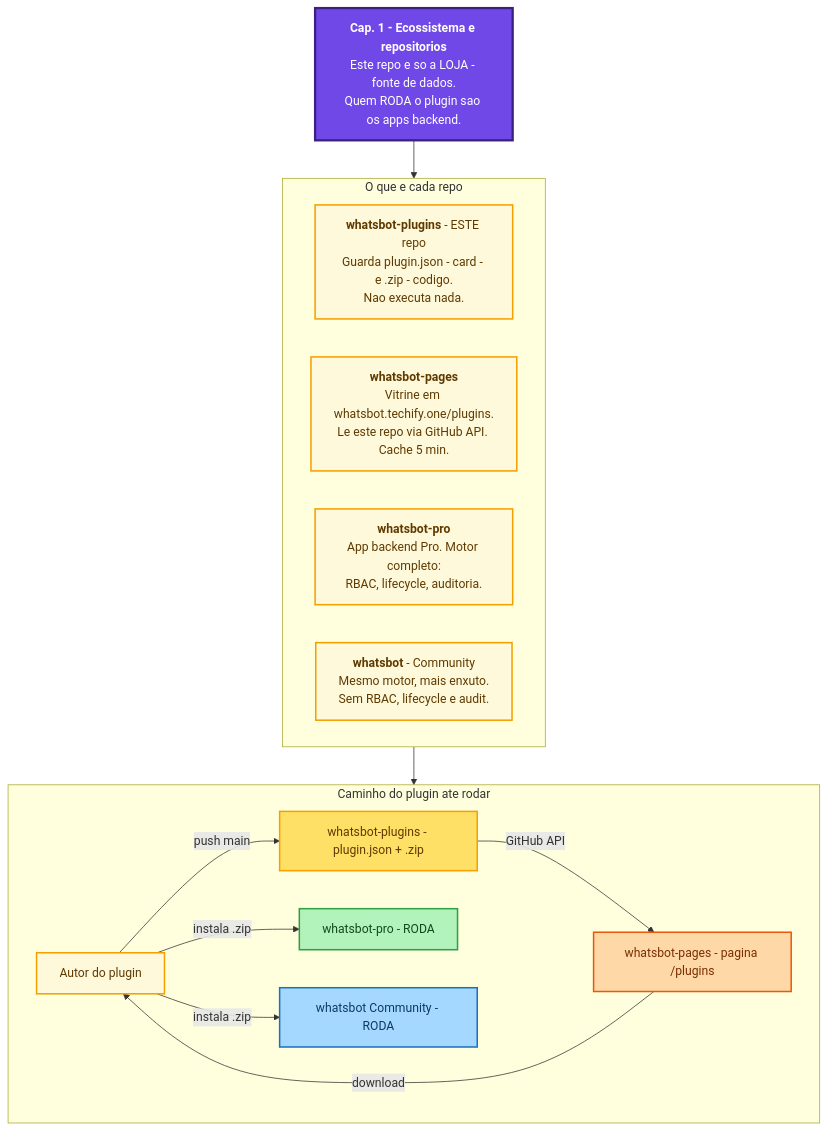
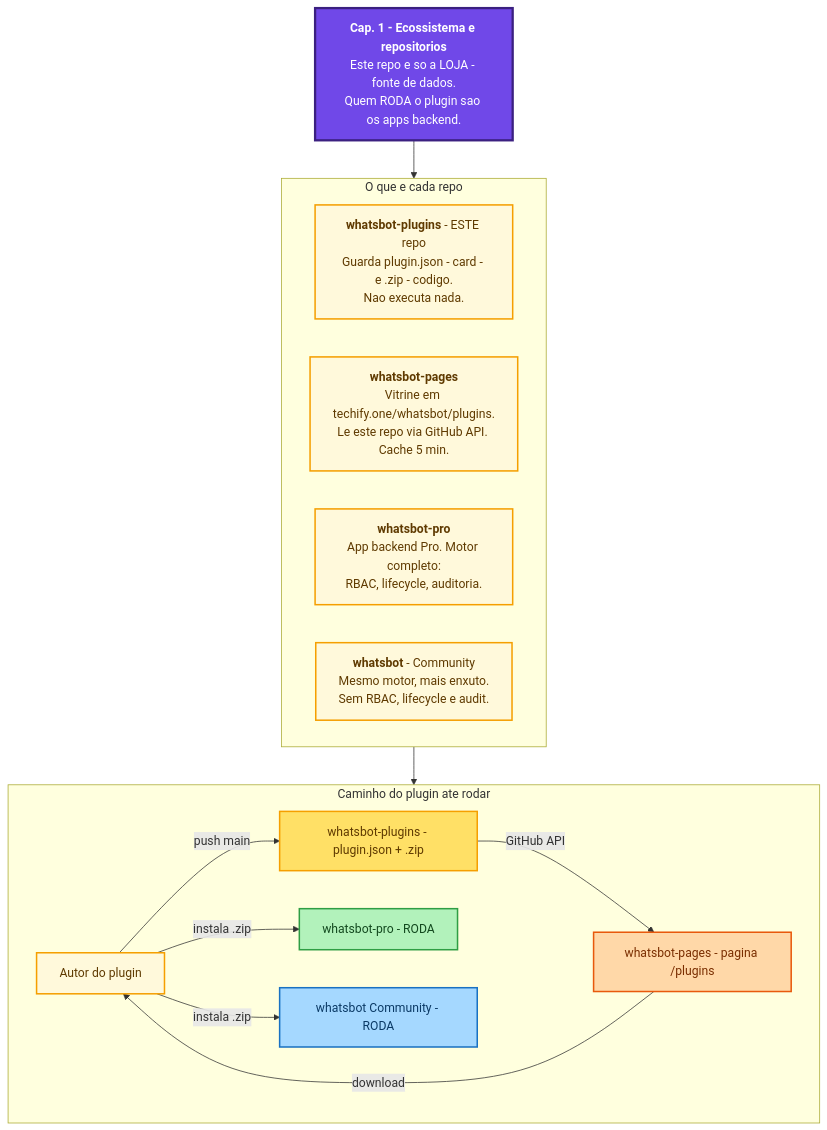
The second of 10 diagrams in docs/TUTORIAL-EXCALIDRAW.md (Techify-one/whatsbot-plugins), drawn with Mermaid before and after one commit. The commit also changed 3 other files, not shown here.

First line of the commit message:
docs: atualiza URL da loja de plugins para techify.one/whatsbot/plugins

````diff
--- a/docs/TUTORIAL-EXCALIDRAW.md
+++ b/docs/TUTORIAL-EXCALIDRAW.md
@@ -59,50 +59,50 @@
 ```mermaid
 flowchart TB
   titulo["`**Cap. 1 - Ecossistema e repositorios**
   Este repo e so a LOJA - fonte de dados.
   Quem RODA o plugin sao os apps backend.`"]
 
   subgraph Explicacao["O que e cada repo"]
     e1["`**whatsbot-plugins** - ESTE repo
     Guarda plugin.json - card - e .zip - codigo.
     Nao executa nada.`"]
     e2["`**whatsbot-pages**
-    Vitrine em whatsbot.techify.one/plugins.
+    Vitrine em techify.one/whatsbot/plugins.
     Le este repo via GitHub API. Cache 5 min.`"]
     e3["`**whatsbot-pro**
     App backend Pro. Motor completo:
     RBAC, lifecycle, auditoria.`"]
     e4["`**whatsbot** - Community
     Mesmo motor, mais enxuto.
     Sem RBAC, lifecycle e audit.`"]
   end
 
   subgraph Fluxo["Caminho do plugin ate rodar"]
     autor["Autor do plugin"]
     loja["whatsbot-plugins - plugin.json + .zip"]
     page["whatsbot-pages - pagina /plugins"]
     pro["whatsbot-pro - RODA"]
     comm["whatsbot Community - RODA"]
     autor -->|"push main"| loja
     loja -->|"GitHub API"| page
     page -->|"download"| autor
     autor -->|"instala .zip"| pro
     autor -->|"instala .zip"| comm
   end
 
   titulo --> Explicacao --> Fluxo
 
   classDef titleC fill:#7048e8,stroke:#3b2080,stroke-width:3px,color:#ffffff;
   classDef noteC fill:#fff9db,stroke:#f59f00,stroke-width:2px,color:#5f3a00;
   classDef lojaC fill:#ffe066,stroke:#f59f00,stroke-width:2px,color:#5f3a00;
   classDef pageC fill:#ffd8a8,stroke:#e8590c,stroke-width:2px,color:#7a2e00;
   classDef proC fill:#b2f2bb,stroke:#2f9e44,stroke-width:2px,color:#13491f;
   classDef commC fill:#a5d8ff,stroke:#1971c2,stroke-width:2px,color:#0b3a66;
   class titulo titleC;
   class e1,e2,e3,e4 noteC;
   class autor noteC;
   class loja lojaC;
   class page pageC;
   class pro proC;
   class comm commC;
 ```
````
